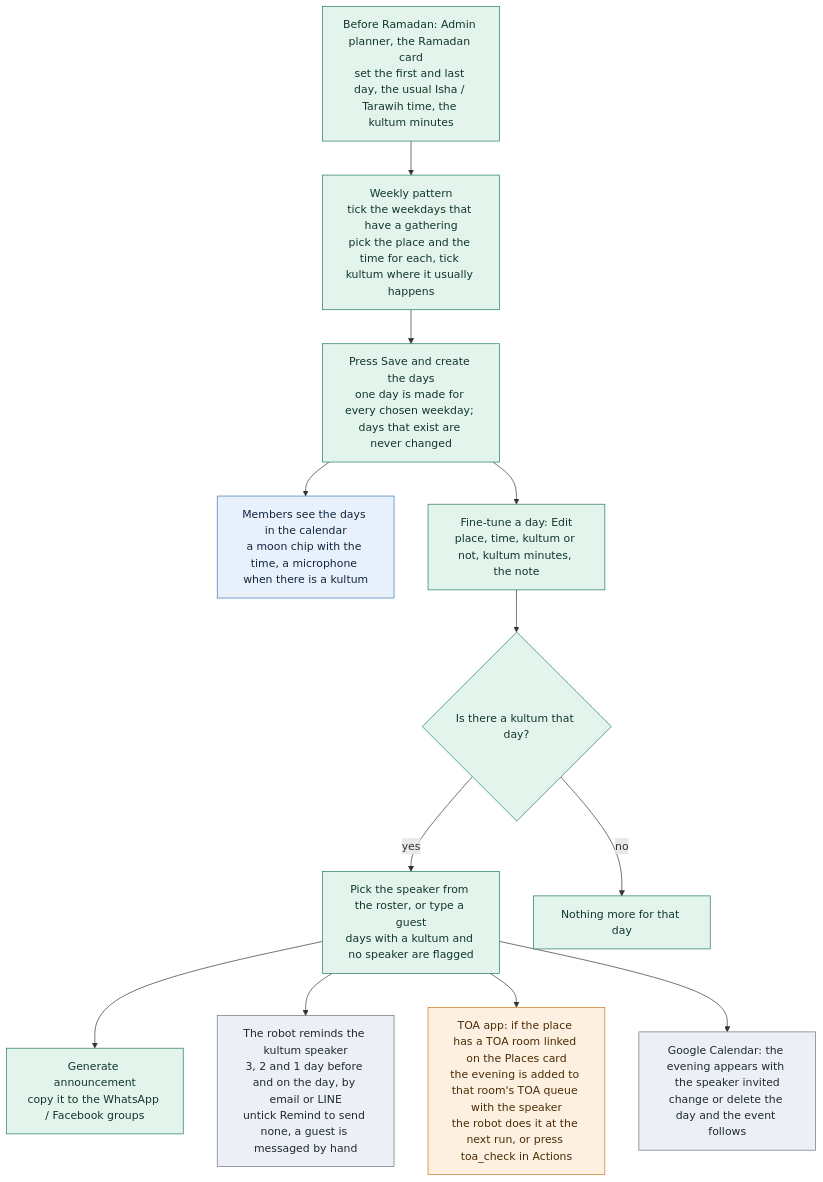
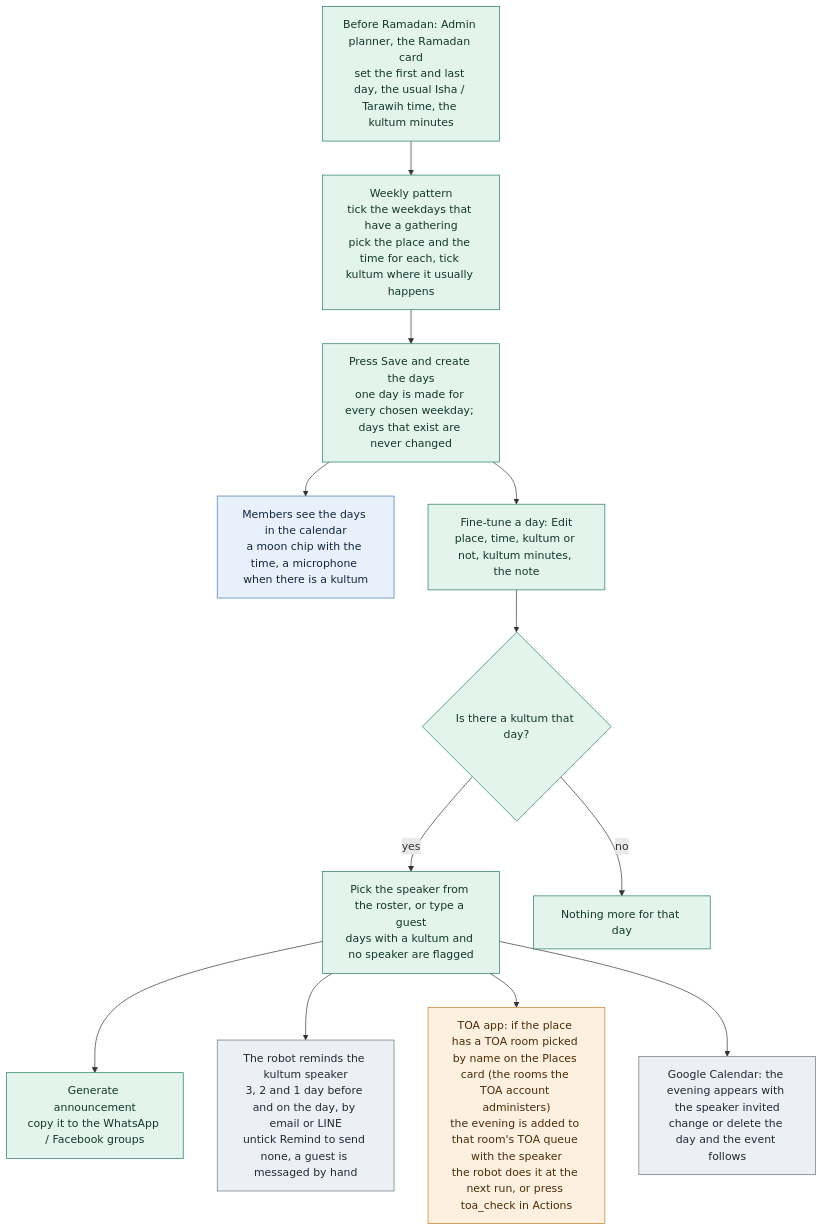
Before and after one commit to mushaffarasyidridha/Jumat-Scheduler-NAIST: the diagram in public/flows/admin-ramadan.mmd, drawn with Mermaid. The commit also changed 13 other files, not shown here.

First line of the commit message:
Places: pick the TOA room by name from the rooms the TOA account administers

```diff
--- a/public/flows/admin-ramadan.mmd
+++ b/public/flows/admin-ramadan.mmd
@@ -1,21 +1,21 @@
 flowchart TD
   A["Before Ramadan: Admin planner, the Ramadan card<br/>set the first and last day, the usual Isha / Tarawih time, the kultum minutes"] --> B["Weekly pattern<br/>tick the weekdays that have a gathering<br/>pick the place and the time for each, tick kultum where it usually happens"]
   B --> C["Press Save and create the days<br/>one day is made for every chosen weekday; days that exist are never changed"]
   C --> D["Members see the days in the calendar<br/>a moon chip with the time, a microphone when there is a kultum"]
   C --> E["Fine-tune a day: Edit<br/>place, time, kultum or not, kultum minutes, the note"]
   E --> F{"Is there a kultum that day?"}
   F -->|"yes"| G["Pick the speaker from the roster, or type a guest<br/>days with a kultum and no speaker are flagged"]
   F -->|"no"| H["Nothing more for that day"]
   G --> I["Generate announcement<br/>copy it to the WhatsApp / Facebook groups"]
   G --> J["The robot reminds the kultum speaker<br/>3, 2 and 1 day before and on the day, by email or LINE<br/>untick Remind to send none, a guest is messaged by hand"]
-  G --> L["TOA app: if the place has a TOA room linked on the Places card<br/>the evening is added to that room's TOA queue with the speaker<br/>the robot does it at the next run, or press toa_check in Actions"]
+  G --> L["TOA app: if the place has a TOA room picked by name on the Places card (the rooms the TOA account administers)<br/>the evening is added to that room's TOA queue with the speaker<br/>the robot does it at the next run, or press toa_check in Actions"]
   G --> K["Google Calendar: the evening appears with the speaker invited<br/>change or delete the day and the event follows"]
 
   classDef member fill:#e8f1fb,stroke:#3b78b8,color:#10253d
   classDef admin fill:#e3f4ec,stroke:#1f7a5c,color:#12372a
   classDef out fill:#fdf0e1,stroke:#c77b1c,color:#4a2b05
   classDef robot fill:#eceff3,stroke:#6b7280,color:#1f2937
   class A,B,C,E,F,G,H,I admin
   class J,K robot
   class L out
   class D member
```
